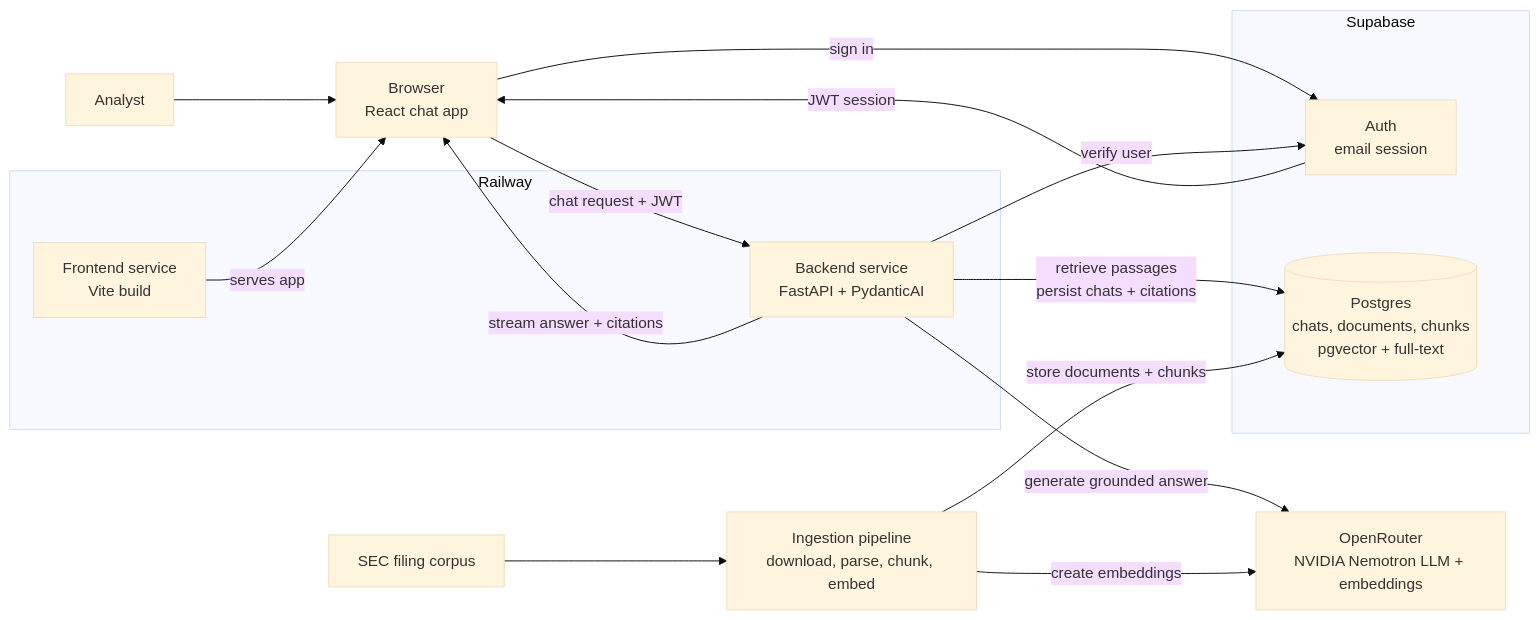
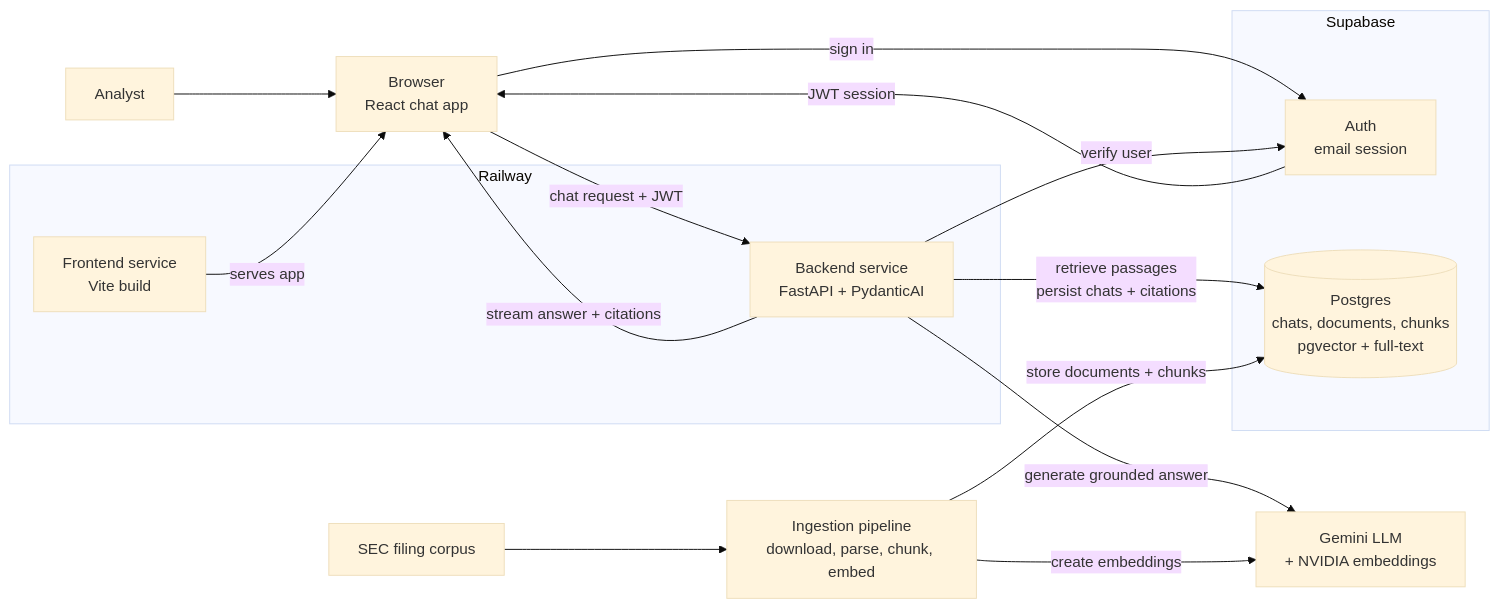
One commit to indiragothi/doc-copilot changed the diagram in docs/architecture.md. Above: the diagram before and after it, drawn with Mermaid (base theme). The commit also changed other lines of this file and 14 other files, not shown here.

Commit message:
update docs for Gemini and NVIDIA stack; add citation chips, source panel and chat states

````diff
--- a/docs/architecture.md
+++ b/docs/architecture.md
@@ -13,31 +13,31 @@
 ```mermaid
 flowchart LR
     user[Analyst] --> browser[Browser<br/>React chat app]
 
     subgraph railway[Railway]
         frontend[Frontend service<br/>Vite build]
         backend[Backend service<br/>FastAPI + PydanticAI]
     end
 
     subgraph supabase[Supabase]
         auth[Auth<br/>email session]
         db[(Postgres<br/>chats, documents, chunks<br/>pgvector + full-text)]
     end
 
-    llm[OpenRouter<br/>NVIDIA Nemotron LLM + embeddings]
+    llm[Gemini LLM<br/>+ NVIDIA embeddings]
     corpus[SEC filing corpus]
     ingestion[Ingestion pipeline<br/>download, parse, chunk, embed]
 
     frontend -->|serves app| browser
     browser -->|sign in| auth
     auth -->|JWT session| browser
     browser -->|chat request + JWT| backend
     backend -->|verify user| auth
     backend -->|retrieve passages<br/>persist chats + citations| db
     backend -->|generate grounded answer| llm
     backend -->|stream answer + citations| browser
 
     corpus --> ingestion
     ingestion -->|create embeddings| llm
     ingestion -->|store documents + chunks| db
 ```
````
